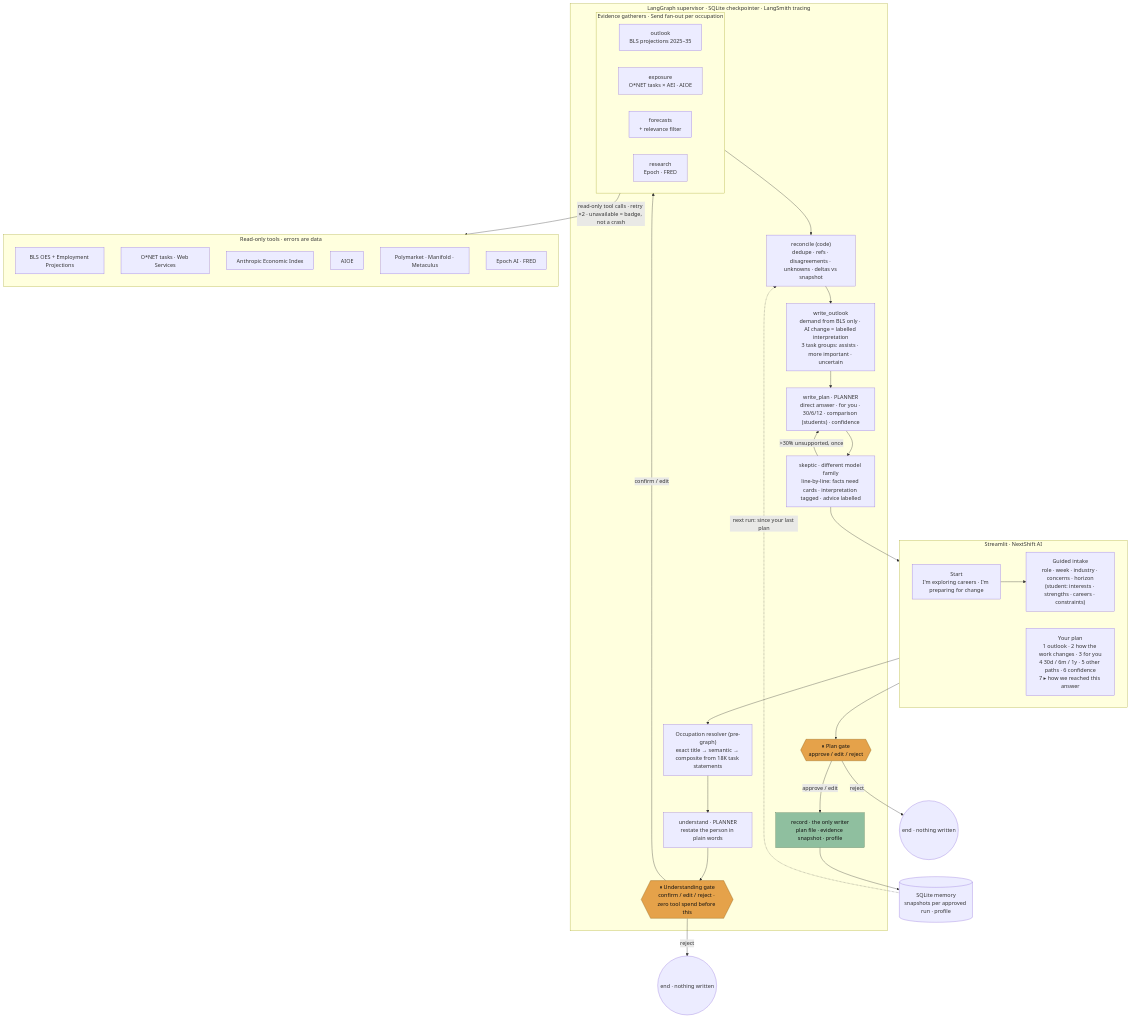
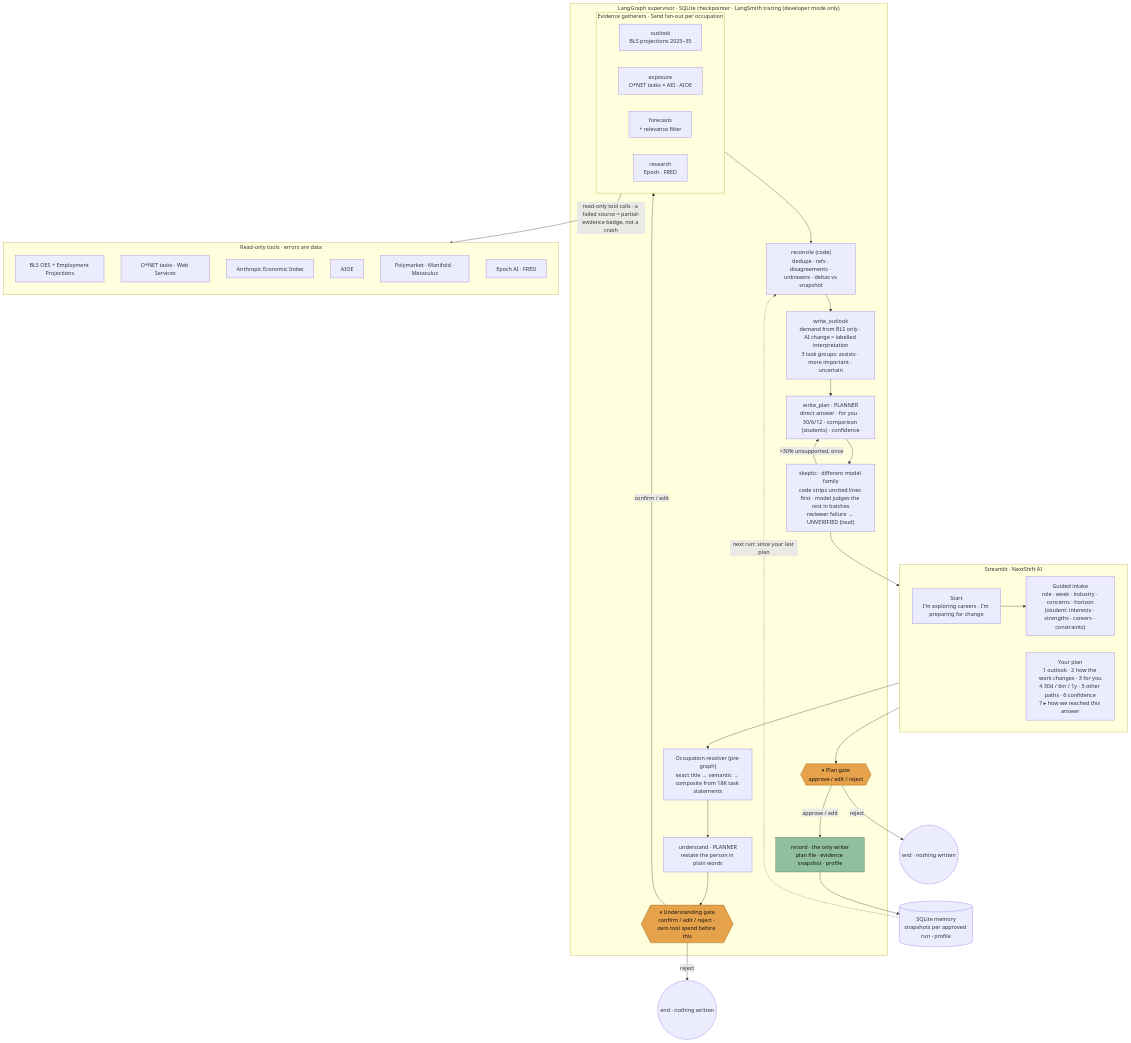
Before and after one commit to judy-eapen/nextshift-ai: the diagram in design/architecture.mmd, drawn with Mermaid. The commit also changed 10 other files, not shown here.

Commit message:
Phase 0: accurate privacy sentence in interview; archive scenario-tree diagram; correct and regenerate architecture diagrams

```diff
--- a/design/architecture.mmd
+++ b/design/architecture.mmd
@@ -1,54 +1,54 @@
 flowchart TB
   subgraph UI["Streamlit · NextShift AI"]
     direction LR
     START["Start<br/>I'm exploring careers · I'm preparing for change"]
     INTAKE["Guided intake<br/>role · week · industry · concerns · horizon<br/>(student: interests · strengths · careers · constraints)"]
     PLAN["Your plan<br/>1 outlook · 2 how the work changes · 3 for you<br/>4 30d / 6m / 1y · 5 other paths · 6 confidence<br/>7 ▸ how we reached this answer"]
   end
 
-  subgraph GRAPH["LangGraph supervisor · SQLite checkpointer · LangSmith tracing"]
+  subgraph GRAPH["LangGraph supervisor · SQLite checkpointer · LangSmith tracing (developer mode only)"]
     RES["Occupation resolver (pre-graph)<br/>exact title → semantic → composite from 18K task statements"]
     UND["understand · PLANNER<br/>restate the person in plain words"]
     HITL1{{"⏸ Understanding gate<br/>confirm / edit / reject · zero tool spend before this"}}
     subgraph GATHER["Evidence gatherers · Send fan-out per occupation"]
       direction LR
       GO["outlook<br/>BLS projections 2025–35"]
       GE["exposure<br/>O*NET tasks × AEI · AIOE"]
       GF["forecasts<br/>+ relevance filter"]
       GR["research<br/>Epoch · FRED"]
     end
     REC["reconcile (code)<br/>dedupe · refs · disagreements · unknowns · deltas vs snapshot"]
     OUT["write_outlook<br/>demand from BLS only · AI change = labelled interpretation<br/>3 task groups: assists · more important · uncertain"]
     WP["write_plan · PLANNER<br/>direct answer · for you · 30/6/12 · comparison (students) · confidence"]
-    SKEP["skeptic · different model family<br/>line-by-line: facts need cards · interpretation tagged · advice labelled"]
+    SKEP["skeptic · different model family<br/>code strips uncited lines first · model judges the rest in batches<br/>reviewer failure → UNVERIFIED (loud)"]
     HITL2{{"⏸ Plan gate<br/>approve / edit / reject"}}
     RECD["record · the only writer<br/>plan file · evidence snapshot · profile"]
   end
 
   subgraph SRC["Read-only tools · errors are data"]
     direction TB
     BLS["BLS OES + Employment Projections"]
     ONET["O*NET tasks · Web Services"]
     AEI["Anthropic Economic Index"]
     AIOE["AIOE"]
     MKT["Polymarket · Manifold · Metaculus"]
     EPOCH["Epoch AI · FRED"]
   end
 
   MEM[("SQLite memory<br/>snapshots per approved run · profile")]
 
   START --> INTAKE --> RES --> UND --> HITL1
   HITL1 -- confirm / edit --> GATHER
   HITL1 -- reject --> END1((end · nothing written))
   GATHER --> REC --> OUT --> WP --> SKEP
   SKEP -- ">30% unsupported, once" --> WP
   SKEP --> PLAN --> HITL2
   HITL2 -- approve / edit --> RECD --> MEM
   HITL2 -- reject --> END2((end · nothing written))
   MEM -. "next run: since your last plan" .-> REC
-  GATHER -- "read-only tool calls · retry ×2 · unavailable = badge, not a crash" --> SRC
+  GATHER -- "read-only tool calls · a failed source = partial-evidence badge, not a crash" --> SRC
 
   classDef human fill:#E5A24A,stroke:#8a5a10,color:#111
   classDef write fill:#8FBF9F,stroke:#3d6b4b,color:#111
   class HITL1,HITL2 human
   class RECD write
```
